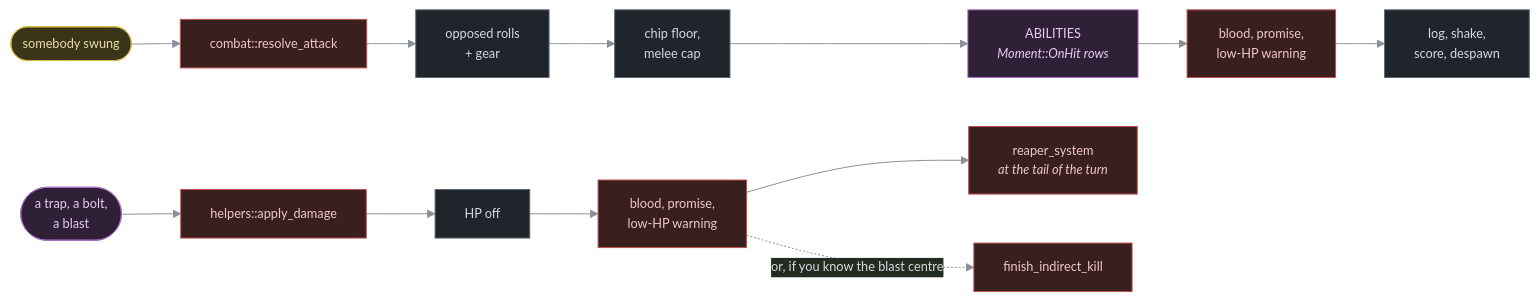
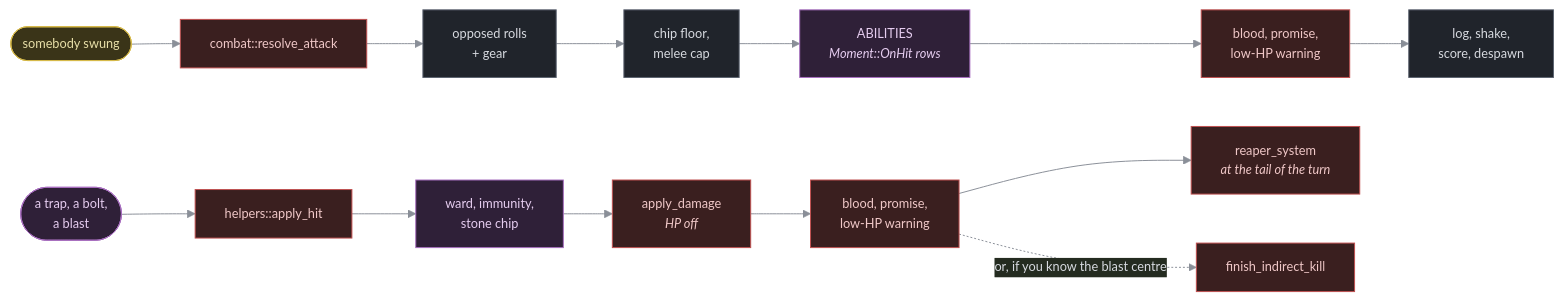
Before and after one commit to bae-alves/nihilurk: the diagram in docs/how-to/work-with-the-ecs.md, drawn with Mermaid. The commit also changed other lines of this file, not shown here.

First line of the commit message:
Docs: working with the ECS, against the damage and condition code now

````diff
--- a/docs/how-to/work-with-the-ecs.md
+++ b/docs/how-to/work-with-the-ecs.md
@@ -219,21 +219,22 @@
 ```mermaid
 %%{init: {'theme':'base','themeVariables':{
   'primaryColor':'#20242b','primaryTextColor':'#d7dae0',
   'primaryBorderColor':'#5c6370','lineColor':'#8a8f98',
   'fontFamily':'ui-monospace, SFMono-Regular, Menlo, monospace',
   'fontSize':'13px'}}}%%
 flowchart LR
   SW(["somebody swung"]):::hero --> RA["combat::resolve_attack"]:::peril
   RA --> R1["opposed rolls<br/>+ gear"] --> R2["chip floor,<br/>melee cap"]
   R2 --> R3["ABILITIES<br/><i>Moment::OnHit rows</i>"]:::magic --> R4["blood, promise,<br/>low-HP warning"]:::peril
   R4 --> R5["log, shake,<br/>score, despawn"]
 
-  NO(["a trap, a bolt,<br/>a blast"]):::magic --> AD["helpers::apply_damage"]:::peril
-  AD --> A1["HP off"] --> A2["blood, promise,<br/>low-HP warning"]:::peril
+  NO(["a trap, a bolt,<br/>a blast"]):::magic --> AH["helpers::apply_hit"]:::peril
+  AH --> AW["ward, immunity,<br/>stone chip"]:::magic --> AD["apply_damage<br/><i>HP off</i>"]:::peril
+  AD --> A2["blood, promise,<br/>low-HP warning"]:::peril
   A2 --> RP["reaper_system<br/><i>at the tail of the turn</i>"]:::peril
   A2 -. "or, if you know the blast centre" .-> FI["finish_indirect_kill"]:::peril
   classDef hero fill:#3a3418,stroke:#d7ba4a,color:#e8dfa8
   classDef peril fill:#3a1f1f,stroke:#c05050,color:#f0c8c8
   classDef magic fill:#2f2038,stroke:#a86fc0,color:#e6cdf0
   classDef cold  fill:#17323a,stroke:#4aa3c0,color:#bfe4f0
 ```
````
